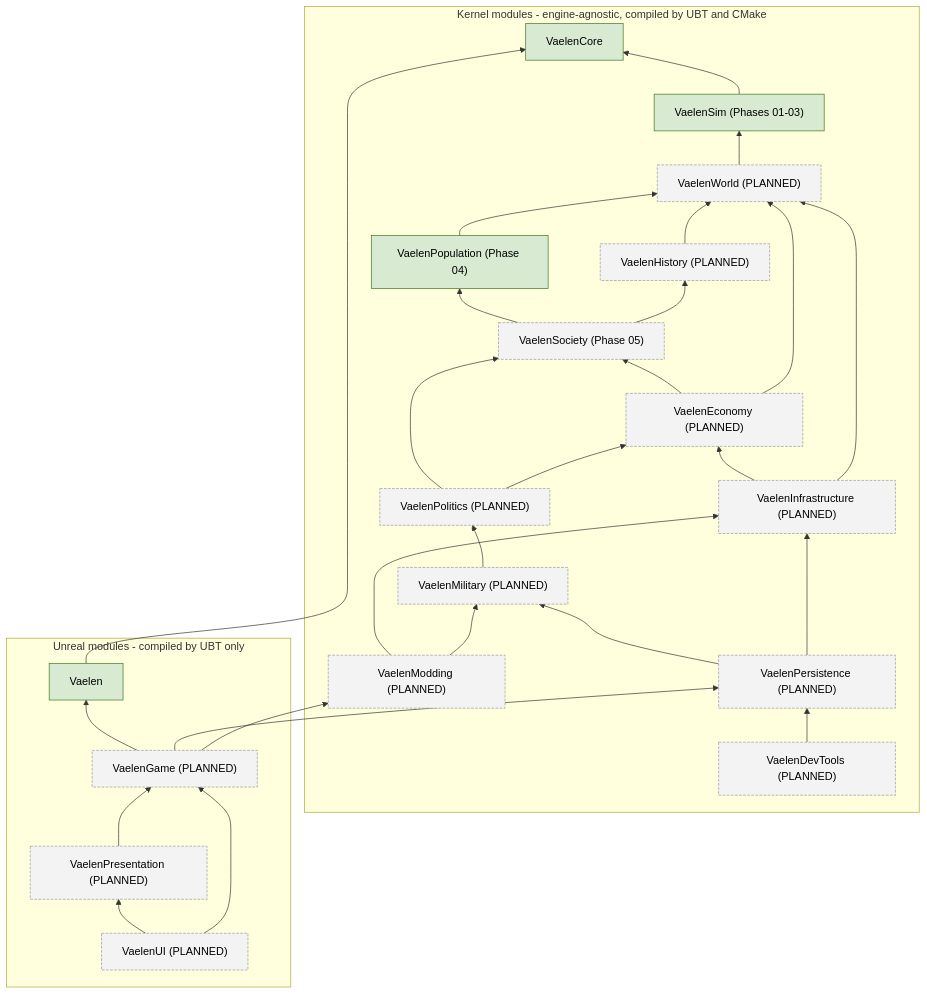
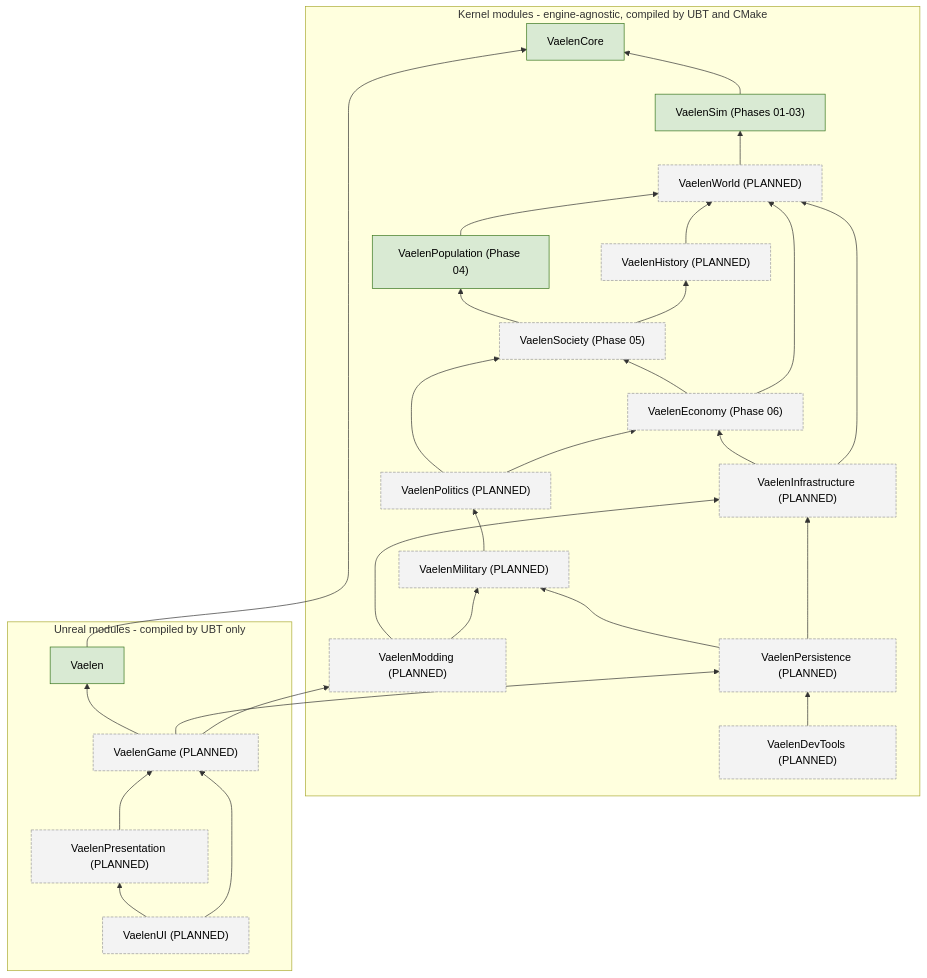
One commit to Thomas10112/vaelen changed the second of 2 diagrams in Docs/ARCHITECTURE.md. Above: the diagram before and after it, drawn with Mermaid. The commit also changed other lines of this file and 20 other files, not shown here.

````diff
--- a/Docs/ARCHITECTURE.md
+++ b/Docs/ARCHITECTURE.md
@@ -168,56 +169,56 @@
 ```mermaid
 flowchart BT
     subgraph Kernel["Kernel modules - engine-agnostic, compiled by UBT and CMake"]
         Core["VaelenCore"]
         Sim["VaelenSim (Phases 01-03)"]
         World["VaelenWorld (PLANNED)"]
         History["VaelenHistory (PLANNED)"]
         Population["VaelenPopulation (Phase 04)"]
         Society["VaelenSociety (Phase 05)"]
-        Economy["VaelenEconomy (PLANNED)"]
+        Economy["VaelenEconomy (Phase 06)"]
         Politics["VaelenPolitics (PLANNED)"]
         Military["VaelenMilitary (PLANNED)"]
         Infrastructure["VaelenInfrastructure (PLANNED)"]
         Persistence["VaelenPersistence (PLANNED)"]
         DevTools["VaelenDevTools (PLANNED)"]
         Modding["VaelenModding (PLANNED)"]
     end
     subgraph Unreal["Unreal modules - compiled by UBT only"]
         Bridge["Vaelen"]
         Game["VaelenGame (PLANNED)"]
         Presentation["VaelenPresentation (PLANNED)"]
         UI["VaelenUI (PLANNED)"]
     end
 
     Sim --> Core
     World --> Sim
     History --> World
     Population --> World
     Society --> Population
     Society --> History
     Economy --> Society
     Economy --> World
     Politics --> Society
     Politics --> Economy
     Military --> Politics
     Infrastructure --> Economy
     Infrastructure --> World
     Persistence --> Military
     Persistence --> Infrastructure
     DevTools --> Persistence
     Modding --> Infrastructure
     Modding --> Military
 
     Bridge --> Core
     Game --> Bridge
     Game --> Persistence
     Game --> Modding
     Presentation --> Game
     UI --> Presentation
     UI --> Game
 
     classDef existing fill:#d9ead3,stroke:#38761d,color:#000;
     classDef planned fill:#f3f3f3,stroke:#999,color:#000,stroke-dasharray: 4 2;
     class Core,Bridge,Sim,Population existing;
     class World,History,Society,Economy,Politics,Military,Infrastructure,Persistence,DevTools,Modding,Game,Presentation,UI planned;
 ```
````
